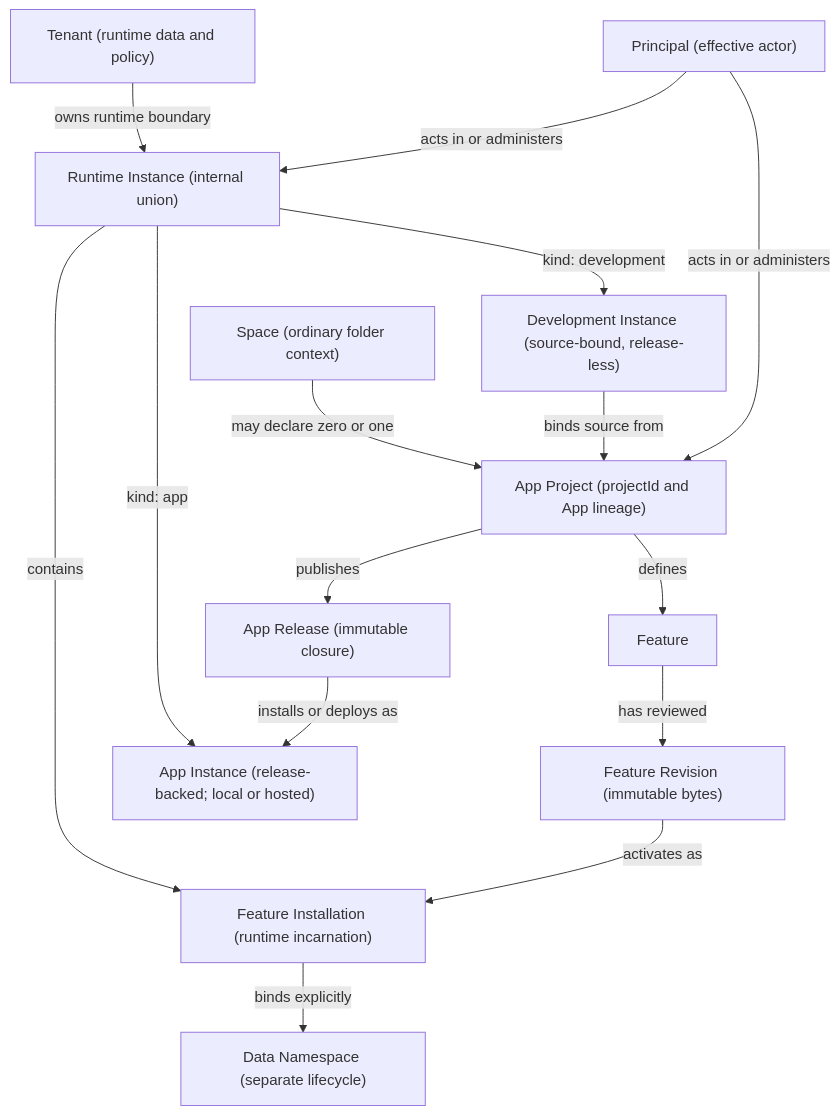
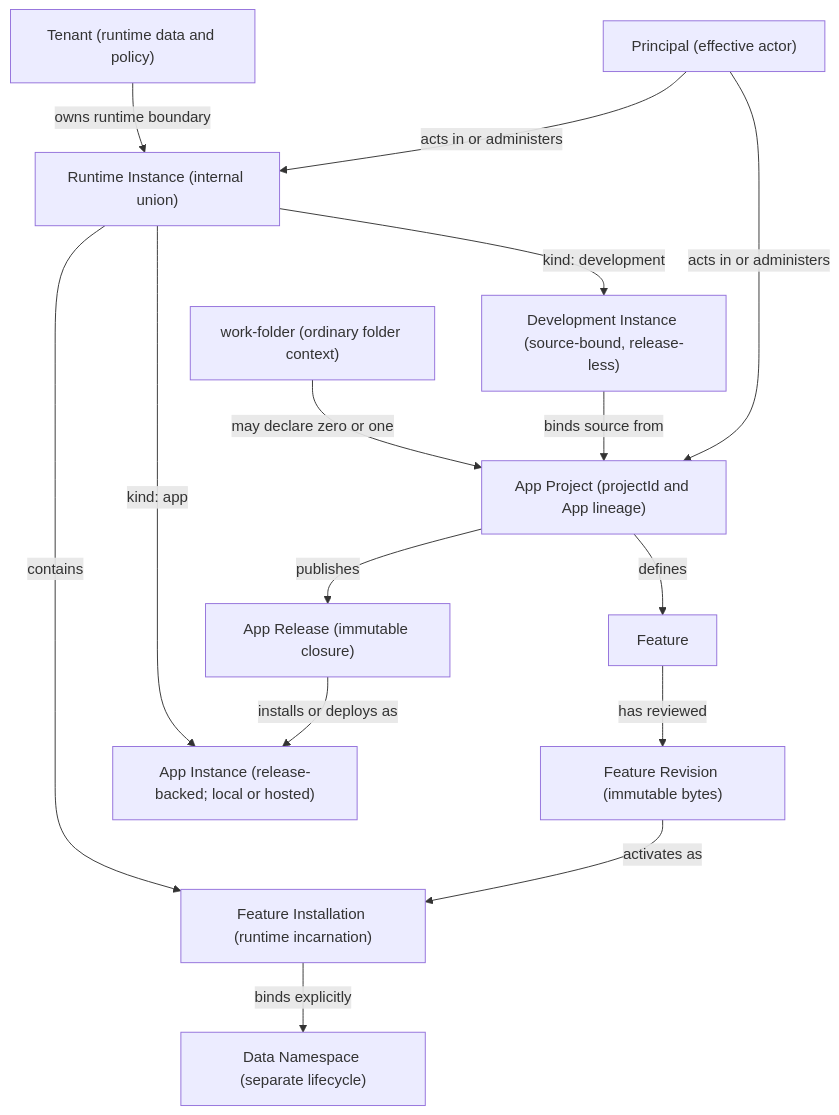
The diagram in docs/app-platform-foundation.md (Mat-Tom-Son/work-fold), drawn with Mermaid before and after one commit. The commit also changed other lines of this file and 636 other files, not shown here.

````diff
--- a/docs/app-platform-foundation.md
+++ b/docs/app-platform-foundation.md
@@ -42,30 +42,30 @@
 ```mermaid
 flowchart TB
-    Space["Space (ordinary folder context)"]
+    WorkFolder["work-folder (ordinary folder context)"]
     Project["App Project (projectId and App lineage)"]
     Feature["Feature"]
     Revision["Feature Revision (immutable bytes)"]
     Release["App Release (immutable closure)"]
     Runtime["Runtime Instance (internal union)"]
     Development["Development Instance (source-bound, release-less)"]
     App["App Instance (release-backed; local or hosted)"]
     Installation["Feature Installation (runtime incarnation)"]
     Data["Data Namespace (separate lifecycle)"]
     Tenant["Tenant (runtime data and policy)"]
     Principal["Principal (effective actor)"]
 
-    Space -->|"may declare zero or one"| Project
+    WorkFolder -->|"may declare zero or one"| Project
     Project -->|"defines"| Feature
     Feature -->|"has reviewed"| Revision
     Project -->|"publishes"| Release
     Runtime -->|"kind: development"| Development
     Runtime -->|"kind: app"| App
     Development -->|"binds source from"| Project
     Release -->|"installs or deploys as"| App
     Runtime -->|"contains"| Installation
     Revision -->|"activates as"| Installation
     Installation -->|"binds explicitly"| Data
     Tenant -->|"owns runtime boundary"| Runtime
     Principal -->|"acts in or administers"| Project
     Principal -->|"acts in or administers"| Runtime
 ```
````
